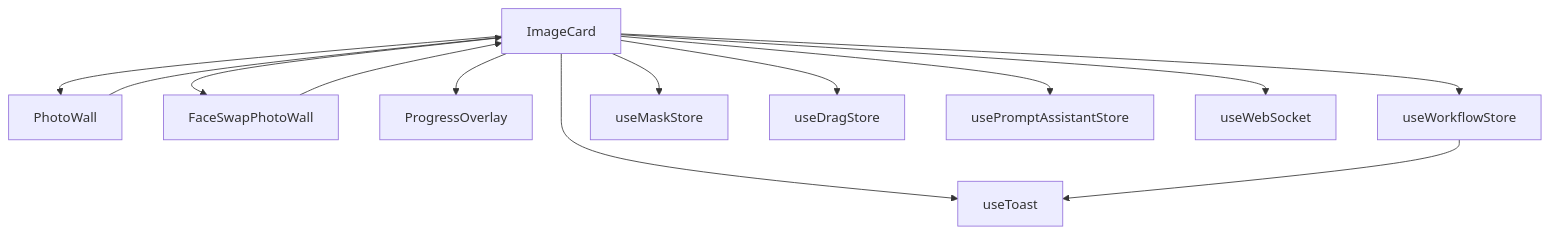
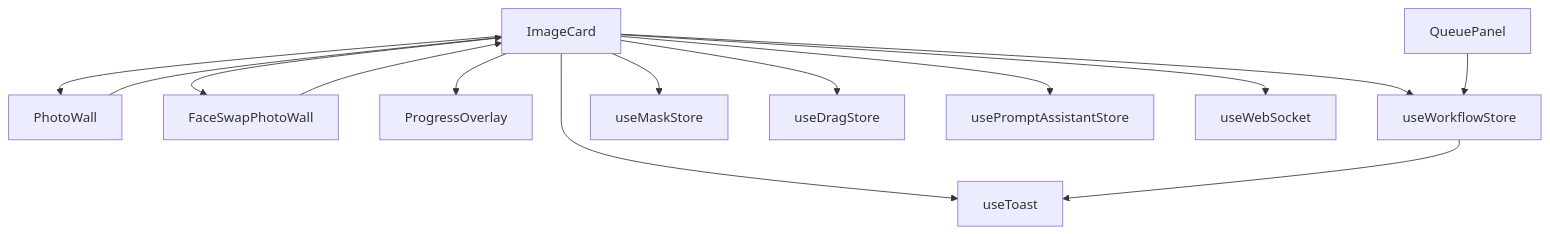
The seventh of 7 diagrams in .qoder/repowiki/zh/content/用户界面组件/核心界面组件/图片卡片组件 (ImageCard).md (billye220670/CorineKit_Pix2Real), drawn with Mermaid before and after one commit. The commit also changed other lines of this file and 54 other files, not shown here.

First line of the commit message:
feat: 模型下拉菜单元数据管理（缩略图+重命名）及session mask恢复优化

````diff
--- a/.qoder/repowiki/zh/content/用户界面组件/核心界面组件/图片卡片组件 (ImageCard).md
+++ b/.qoder/repowiki/zh/content/用户界面组件/核心界面组件/图片卡片组件 (ImageCard).md
@@ -274,15 +315,16 @@
 ```mermaid
 graph TD
 IC[ImageCard] --> PW[PhotoWall]
 IC --> FSPW[FaceSwapPhotoWall]
 IC --> PO[ProgressOverlay]
 IC --> UWS[useWorkflowStore]
 IC --> MS[useMaskStore]
 IC --> DS[useDragStore]
 IC --> PS[usePromptAssistantStore]
 IC --> WS[useWebSocket]
 IC --> TS[useToast]
 PW --> IC
 FSPW --> IC
 UWS --> TS
+QP[QueuePanel] --> UWS
 ```
````
